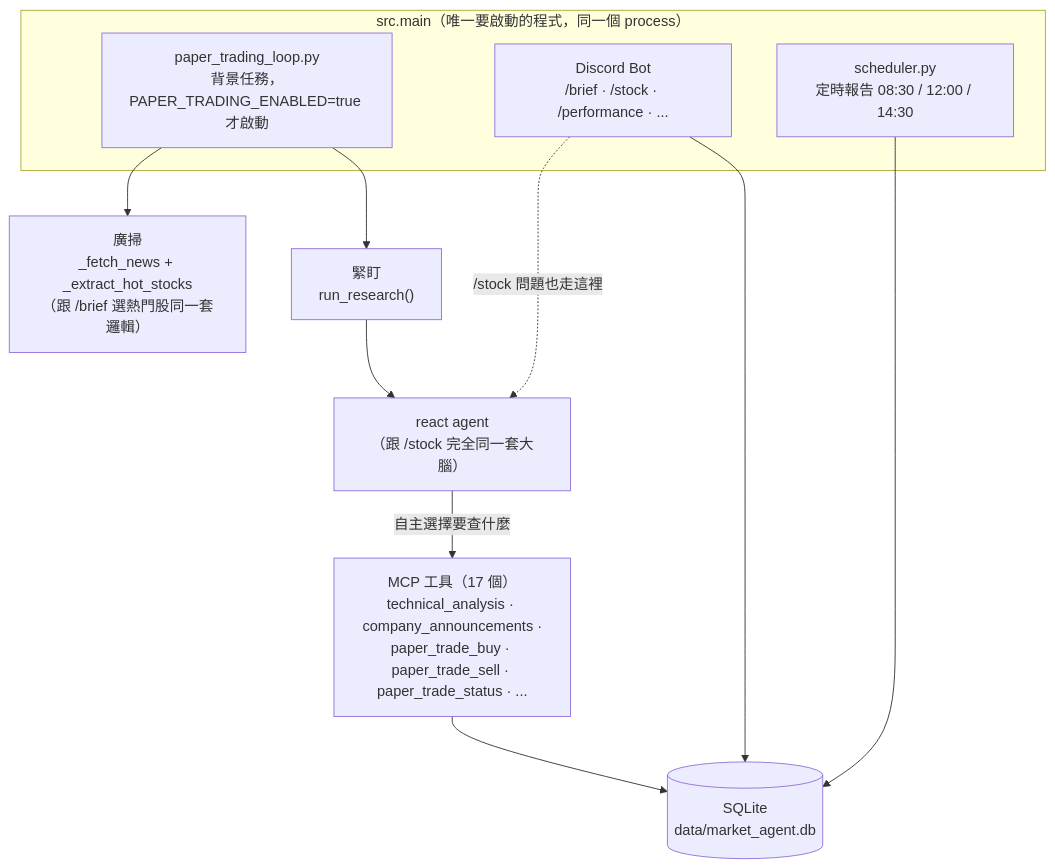
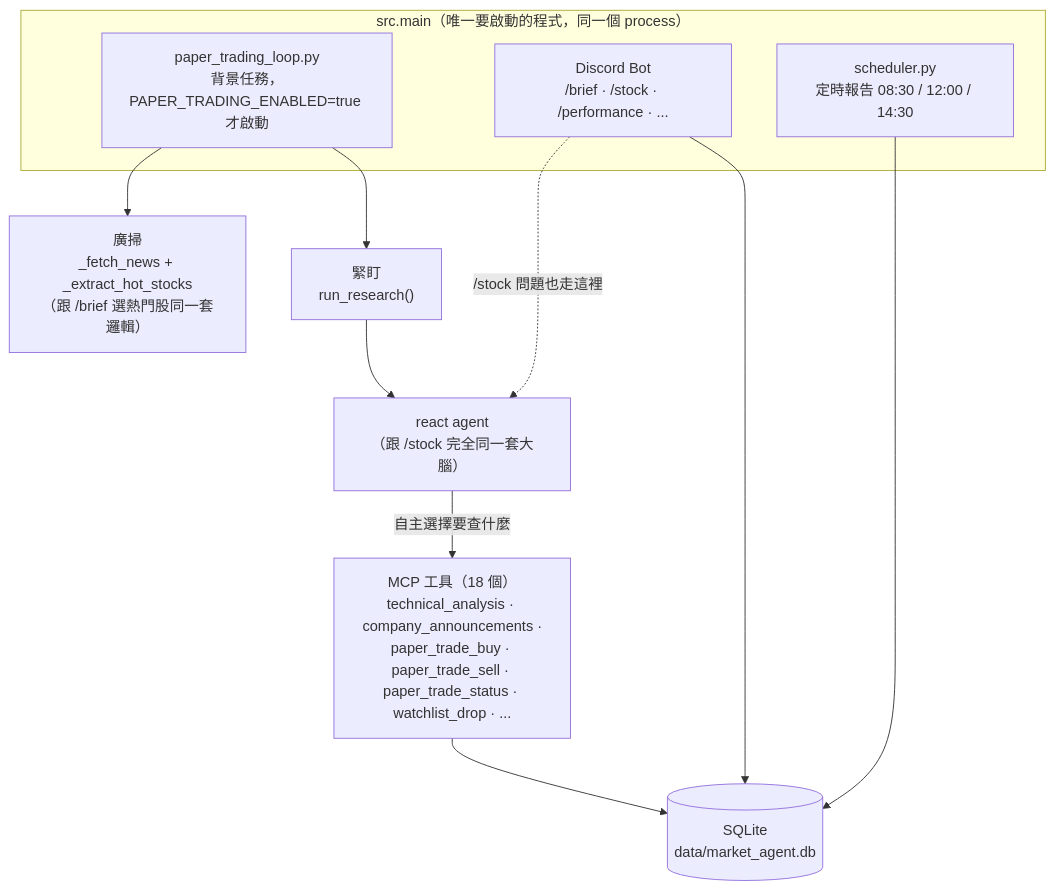
Before and after one commit to carterwu1120/market-agent: the first of 2 diagrams in docs/paper_trading.md, drawn with Mermaid. The commit also changed other lines of this file and 8 other files, not shown here.

````diff
--- a/docs/paper_trading.md
+++ b/docs/paper_trading.md
@@ -9,19 +9,19 @@
 ```mermaid
 flowchart TD
     subgraph MAIN["src.main（唯一要啟動的程式，同一個 process）"]
         BOT["Discord Bot\n/brief · /stock · /performance · ..."]
         SCHED["scheduler.py\n定時報告 08:30 / 12:00 / 14:30"]
         PTL["paper_trading_loop.py\n背景任務，PAPER_TRADING_ENABLED=true 才啟動"]
     end
 
     PTL --> BROAD["廣掃\n_fetch_news + _extract_hot_stocks\n（跟 /brief 選熱門股同一套邏輯）"]
     PTL --> TIGHT["緊盯\nrun_research()"]
 
     TIGHT --> REACT["react agent\n（跟 /stock 完全同一套大腦）"]
     BOT -.->|"/stock 問題也走這裡"| REACT
-    REACT -->|自主選擇要查什麼| TOOLS["MCP 工具（17 個）\ntechnical_analysis · company_announcements ·\npaper_trade_buy · paper_trade_sell · paper_trade_status · ..."]
+    REACT -->|自主選擇要查什麼| TOOLS["MCP 工具（18 個）\ntechnical_analysis · company_announcements ·\npaper_trade_buy · paper_trade_sell · paper_trade_status · watchlist_drop · ..."]
 
     TOOLS --> SQLITE[("SQLite\ndata/market_agent.db")]
     BOT --> SQLITE
     SCHED --> SQLITE
 ```
````
